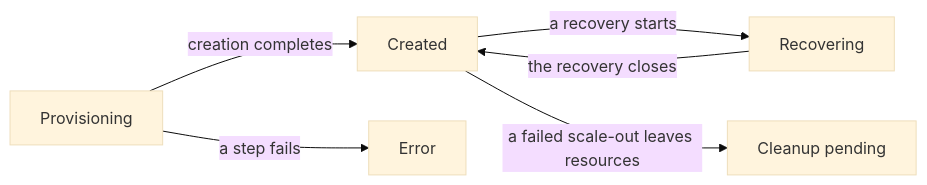
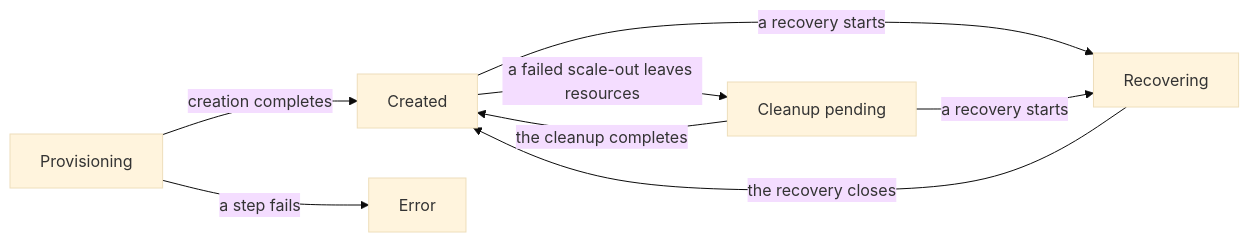
Before and after one commit to SDU-eScience/UCloud: the second of 2 diagrams in provider-integration/im2/docs/src/k8s/kubernetes-clusters/architecture.md, drawn with Mermaid (base theme). The commit also changed other lines of this file and 26 other files, not shown here.

````diff
--- a/provider-integration/im2/docs/src/k8s/kubernetes-clusters/architecture.md
+++ b/provider-integration/im2/docs/src/k8s/kubernetes-clusters/architecture.md
@@ -137,14 +137,16 @@
 ```mermaid
 flowchart LR
     provisioning["Provisioning"]:::diagram-provider-cog-6-tooth
     created["Created"]:::diagram-provider-kubernetes
     recovering["Recovering"]:::diagram-provider-cog-6-tooth
     error["Error"]:::diagram-provider-document-text
     cleanup["Cleanup pending"]:::diagram-provider-document-text
 
     provisioning -->|"creation completes"| created
     provisioning -->|"a step fails"| error
     created -->|"a recovery starts"| recovering
     recovering -->|"the recovery closes"| created
     created -->|"a failed scale-out leaves resources"| cleanup
+    cleanup -->|"the cleanup completes"| created
+    cleanup -->|"a recovery starts"| recovering
 ```
````
